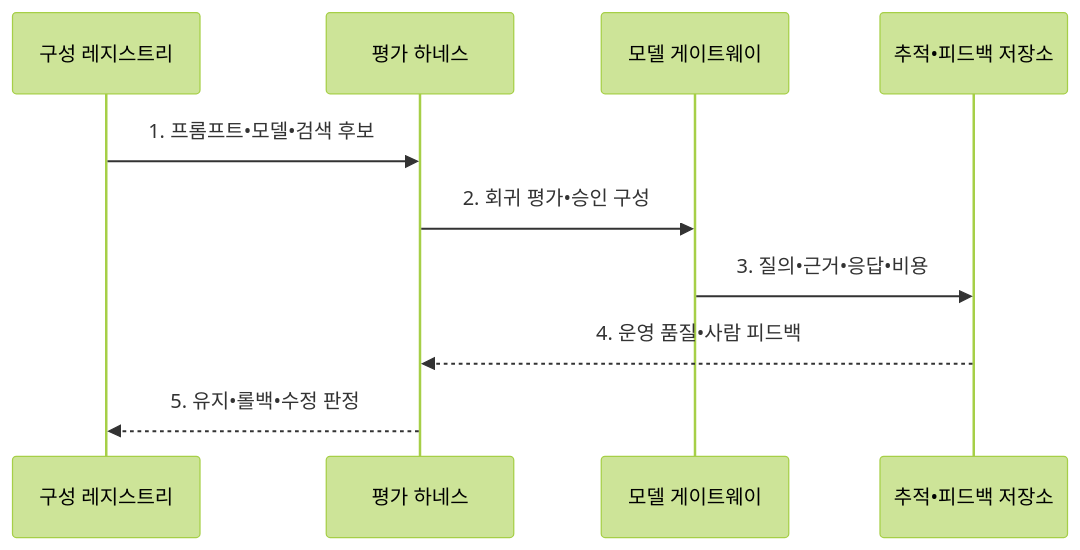
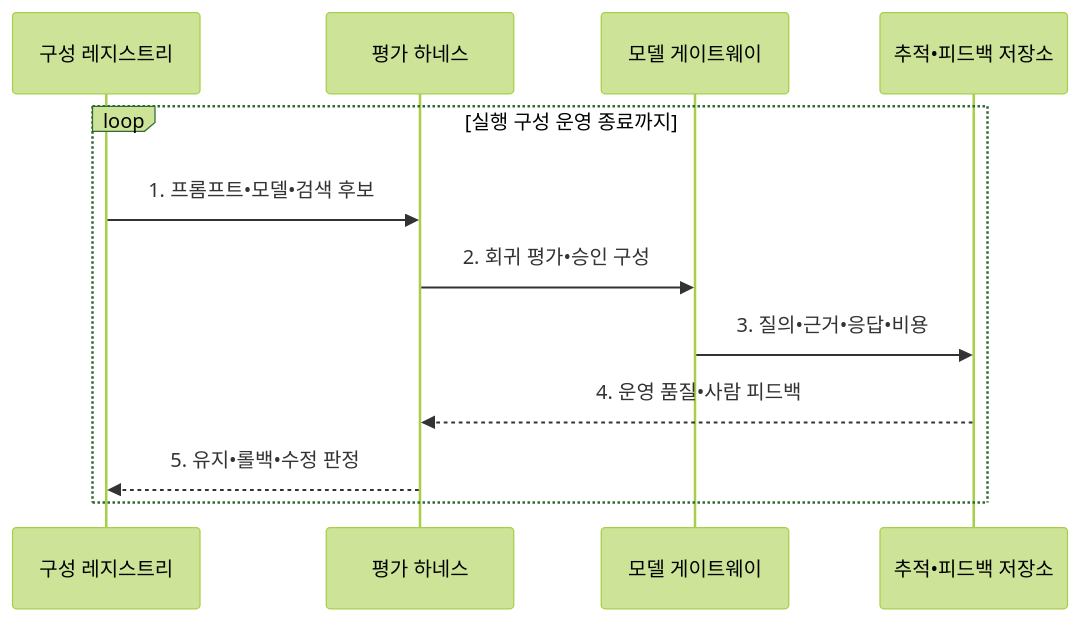
The second of 2 diagrams in src/content/docs/notes/08-latest-tech/129_llmops.md (agnusdei1207/knowledge-base), drawn with Mermaid (forest theme) before and after one commit. The commit also changed other lines of this file and 14 other files, not shown here.

````diff
--- a/src/content/docs/notes/08-latest-tech/129_llmops.md
+++ b/src/content/docs/notes/08-latest-tech/129_llmops.md
@@ -108,12 +108,14 @@
 ```mermaid
 sequenceDiagram
   participant R as 구성 레지스트리
   participant H as 평가 하네스
   participant G as 모델 게이트웨이
   participant T as 추적•피드백 저장소
-  R->>H: 1. 프롬프트•모델•검색 후보
-  H->>G: 2. 회귀 평가•승인 구성
-  G->>T: 3. 질의•근거•응답•비용
-  T-->>H: 4. 운영 품질•사람 피드백
-  H-->>R: 5. 유지•롤백•수정 판정
+  loop 실행 구성 운영 종료까지
+    R->>H: 1. 프롬프트•모델•검색 후보
+    H->>G: 2. 회귀 평가•승인 구성
+    G->>T: 3. 질의•근거•응답•비용
+    T-->>H: 4. 운영 품질•사람 피드백
+    H-->>R: 5. 유지•롤백•수정 판정
+  end
 ```
````
